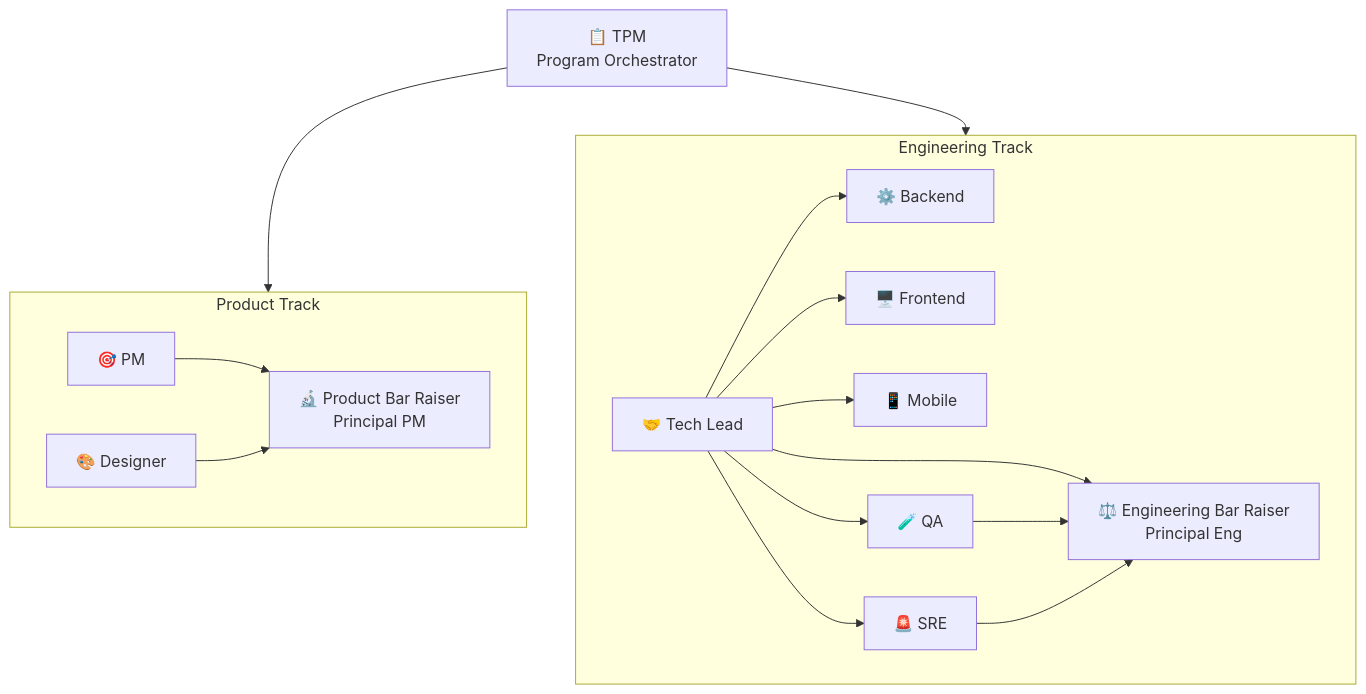
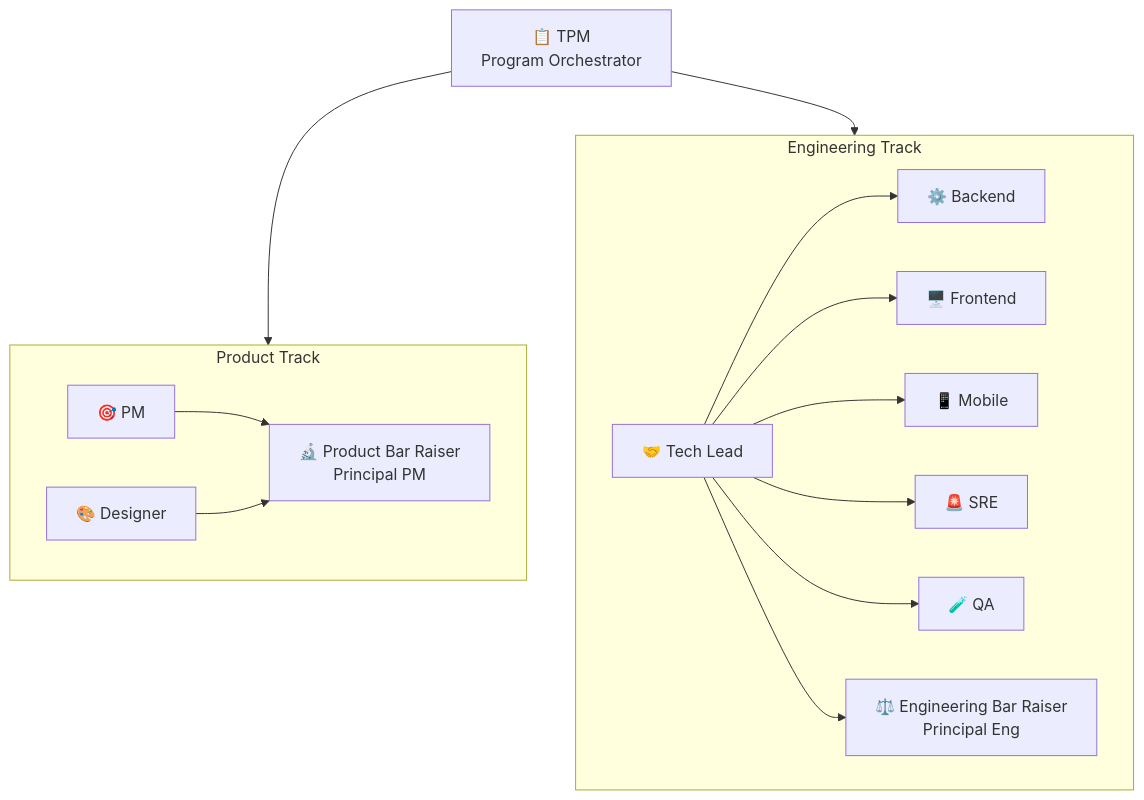
The fifth of 7 diagrams in README.md (im-adarsh/brocode), drawn with Mermaid before and after one commit. The commit also changed other lines of this file and 8 other files, not shown here.

First line of the commit message:
refactor: fix BR diagram, add repo check, wire superpowers skills per agent

````diff
--- a/README.md
+++ b/README.md
@@ -237,28 +237,26 @@
 ```mermaid
 flowchart TD
     TPM["📋 TPM\nProgram Orchestrator"]
 
     subgraph PROD["Product Track"]
         PM["🎯 PM"]
         DS["🎨 Designer"]
         PBR["🔬 Product Bar Raiser\nPrincipal PM"]
     end
 
     subgraph ENG["Engineering Track"]
         TL["🤝 Tech Lead"]
         BE["⚙️ Backend"]
         FE["🖥️ Frontend"]
         MOB["📱 Mobile"]
         SRE["🚨 SRE"]
         QA["🧪 QA"]
         EBR["⚖️ Engineering Bar Raiser\nPrincipal Eng"]
     end
 
     TPM --> PROD & ENG
     PM --> PBR
     DS --> PBR
     TL --> BE & FE & MOB & SRE & QA
     TL --> EBR
-    QA --> EBR
-    SRE --> EBR
 ```
````
